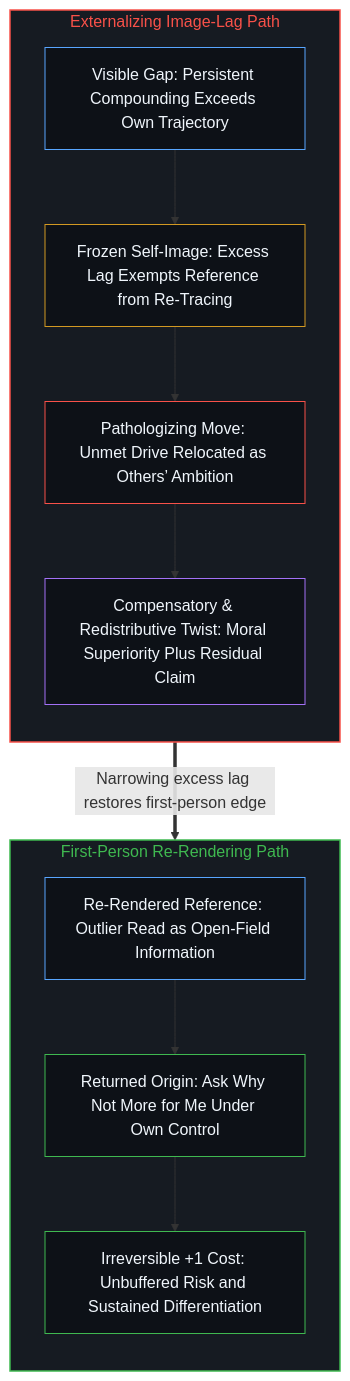
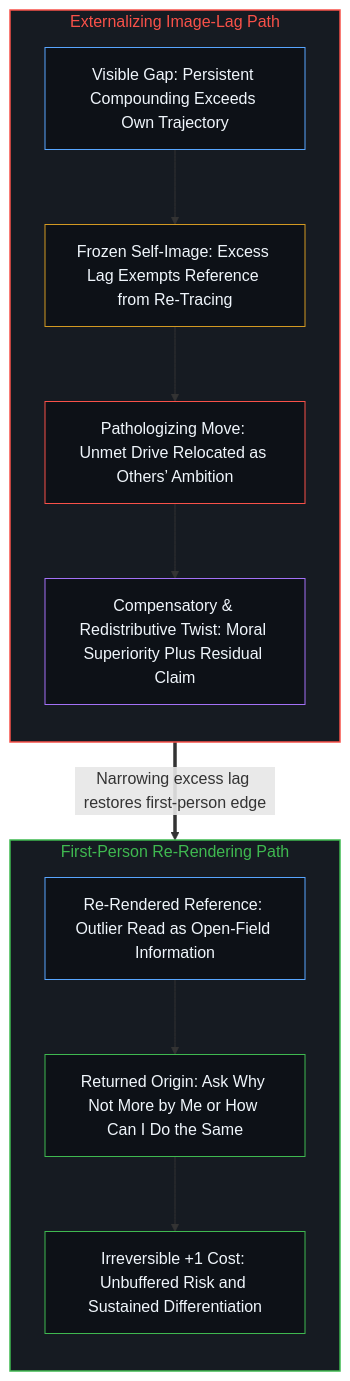
One commit to powerpig99/not-a-toe changed the second of 4 diagrams in content/posts/externalizing-unmet-drive-as-the-pathology-of-growth.md. Above: the diagram before and after it, drawn with Mermaid. The commit also changed other lines of this file and 2 other files, not shown here.

````diff
--- a/content/posts/externalizing-unmet-drive-as-the-pathology-of-growth.md
+++ b/content/posts/externalizing-unmet-drive-as-the-pathology-of-growth.md
@@ -62,28 +62,28 @@
 ```mermaid
 flowchart TD
     subgraph S_Lag["Externalizing Image-Lag Path"]
         direction TB
         L1["Visible Gap: Persistent Compounding Exceeds Own Trajectory"]
         L2["Frozen Self-Image: Excess Lag Exempts Reference from Re-Tracing"]
         L3["Pathologizing Move: Unmet Drive Relocated as Others’ Ambition"]
         L4["Compensatory & Redistributive Twist: Moral Superiority Plus Residual Claim"]
         L1 --> L2 --> L3 --> L4
     end
     subgraph S_Open["First-Person Re-Rendering Path"]
         direction TB
         O1["Re-Rendered Reference: Outlier Read as Open-Field Information"]
-        O2["Returned Origin: Ask Why Not More for Me Under Own Control"]
+        O2["Returned Origin: Ask Why Not More by Me or How Can I Do the Same"]
         O3["Irreversible +1 Cost: Unbuffered Risk and Sustained Differentiation"]
         O1 --> O2 --> O3
     end
     L4 ==>|"Narrowing excess lag restores first-person edge"| O1
     style S_Lag fill:#161b22,stroke:#f85149,stroke-width:1.5px,color:#f85149
     style S_Open fill:#161b22,stroke:#3fb950,stroke-width:1.5px,color:#3fb950
     style L1 fill:#0d1117,stroke:#58a6ff,stroke-width:1px,color:#f0f6fc
     style L2 fill:#0d1117,stroke:#d29922,stroke-width:1px,color:#f0f6fc
     style L3 fill:#0d1117,stroke:#f85149,stroke-width:1px,color:#f0f6fc
     style L4 fill:#0d1117,stroke:#a371f7,stroke-width:1px,color:#f0f6fc
     style O1 fill:#0d1117,stroke:#58a6ff,stroke-width:1px,color:#f0f6fc
     style O2 fill:#0d1117,stroke:#3fb950,stroke-width:1px,color:#f0f6fc
     style O3 fill:#0d1117,stroke:#3fb950,stroke-width:1px,color:#f0f6fc
 ```
````
